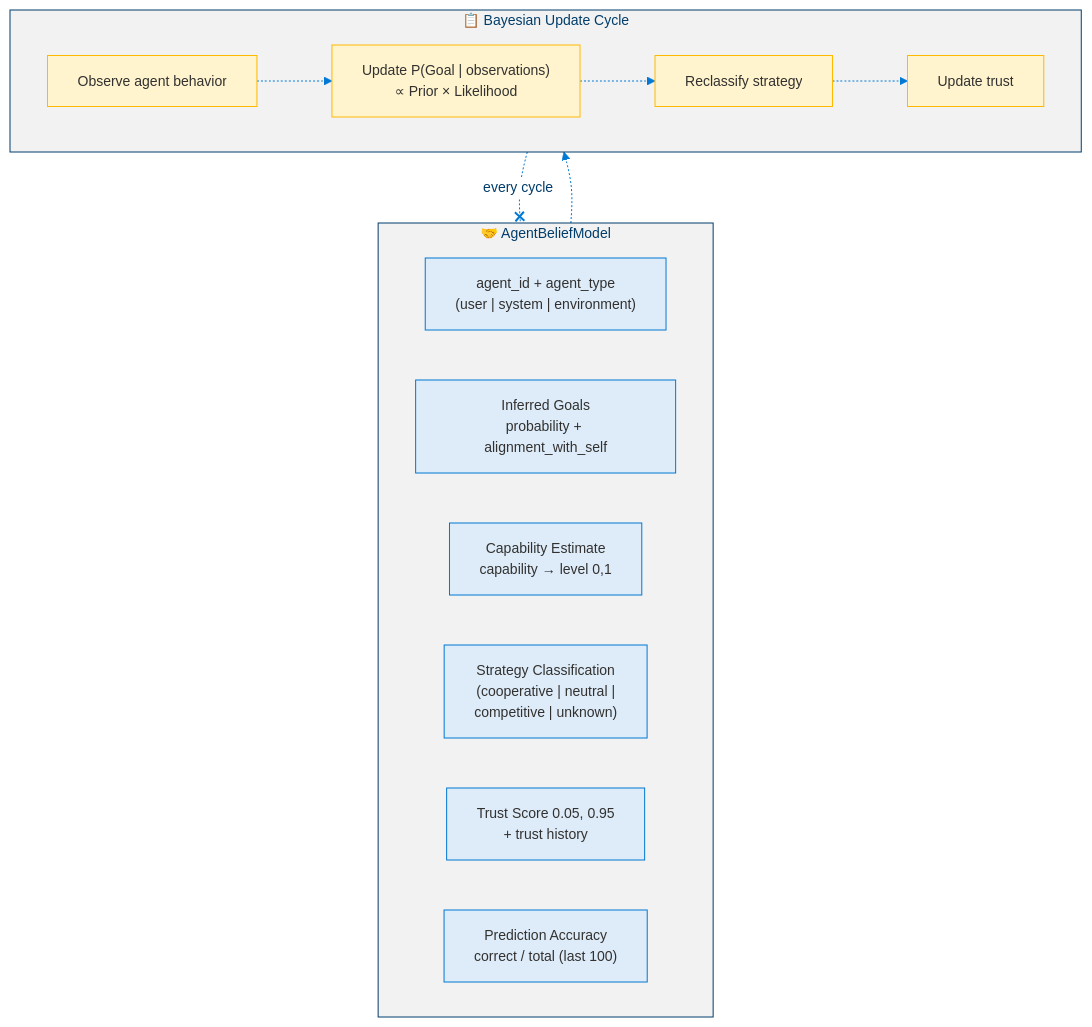
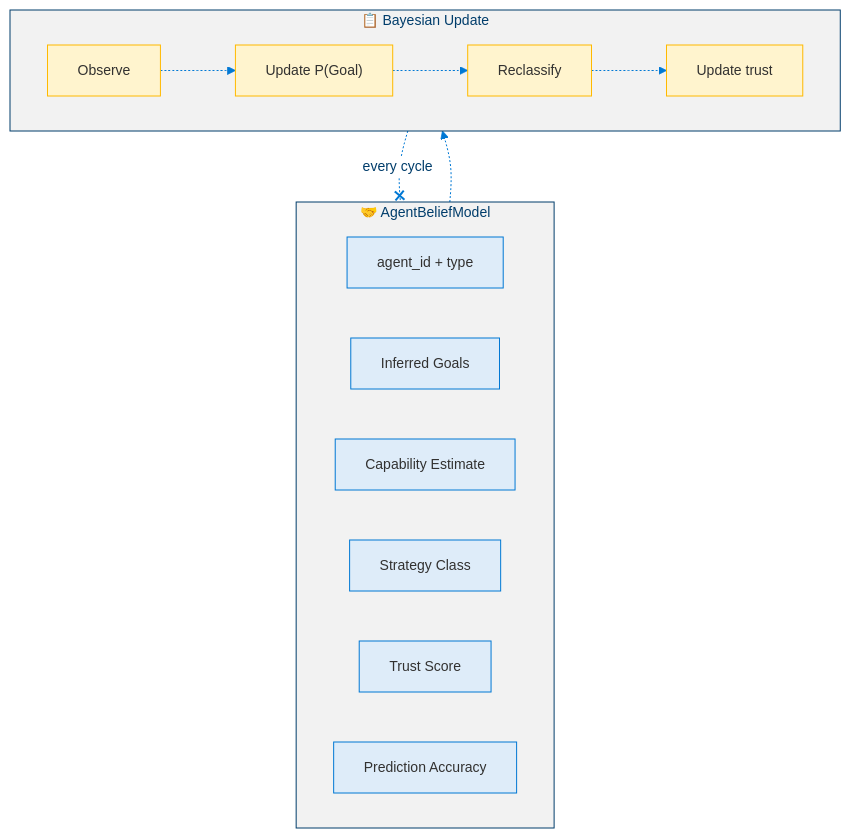
One commit to dotnetpower/mscp changed diagram 13 of 19 in docs/levels/Level_4_9_Autonomous_Strategic_Agent.md. Above: the diagram before and after it, drawn with Mermaid. The commit also changed other lines of this file and 10 other files, not shown here.

````diff
--- a/docs/levels/Level_4_9_Autonomous_Strategic_Agent.md
+++ b/docs/levels/Level_4_9_Autonomous_Strategic_Agent.md
@@ -606,26 +620,28 @@
 ```mermaid
 %%{init: {'theme': 'base', 'themeVariables': {'primaryColor': '#0078D4', 'primaryTextColor': '#003D6B', 'primaryBorderColor': '#003D6B', 'secondaryColor': '#50E6FF', 'secondaryTextColor': '#323130', 'secondaryBorderColor': '#00BCF2', 'tertiaryColor': '#F2F2F2', 'tertiaryTextColor': '#323130', 'lineColor': '#0078D4', 'textColor': '#323130', 'mainBkg': '#DEECF9', 'nodeBorder': '#0078D4', 'clusterBkg': '#F2F2F2', 'clusterBorder': '#003D6B', 'titleColor': '#003D6B', 'edgeLabelBackground': '#FFFFFF', 'fontSize': '14px'}}}%%
 flowchart TD
   classDef model fill:#DEECF9,stroke:#0078D4,color:#323130
   classDef update fill:#FFF4CE,stroke:#FFB900,color:#323130
 
   subgraph ABM["🤝 AgentBeliefModel"]
-    ID["agent_id + agent_type<br/>(user | system | environment)"]:::model
-    GOALS["Inferred Goals<br/>probability + alignment_with_self"]:::model
-    CAPS["Capability Estimate<br/>capability → level 0,1"]:::model
-    STRAT["Strategy Classification<br/>(cooperative | neutral |<br/>competitive | unknown)"]:::model
-    TRUST["Trust Score 0.05, 0.95<br/>+ trust history"]:::model
-    PRED["Prediction Accuracy<br/>correct / total (last 100)"]:::model
+    direction LR
+    ID["agent_id + type"]:::model
+    GOALS["Inferred Goals"]:::model
+    CAPS["Capability Estimate"]:::model
+    STRAT["Strategy Class"]:::model
+    TRUST["Trust Score"]:::model
+    PRED["Prediction Accuracy"]:::model
   end
 
-  subgraph Update["📋 Bayesian Update Cycle"]
-    OBS["Observe agent behavior"]:::update
-    INF["Update P(Goal | observations)<br/>∝ Prior × Likelihood"]:::update
-    CLS["Reclassify strategy"]:::update
+  subgraph Update["📋 Bayesian Update"]
+    direction LR
+    OBS["Observe"]:::update
+    INF["Update P(Goal)"]:::update
+    CLS["Reclassify"]:::update
     TST["Update trust"]:::update
     OBS -.-> INF -.-> CLS -.-> TST
   end
 
   ABM -.-> Update
   Update -.-x|"every cycle"| ABM
 ```
````
